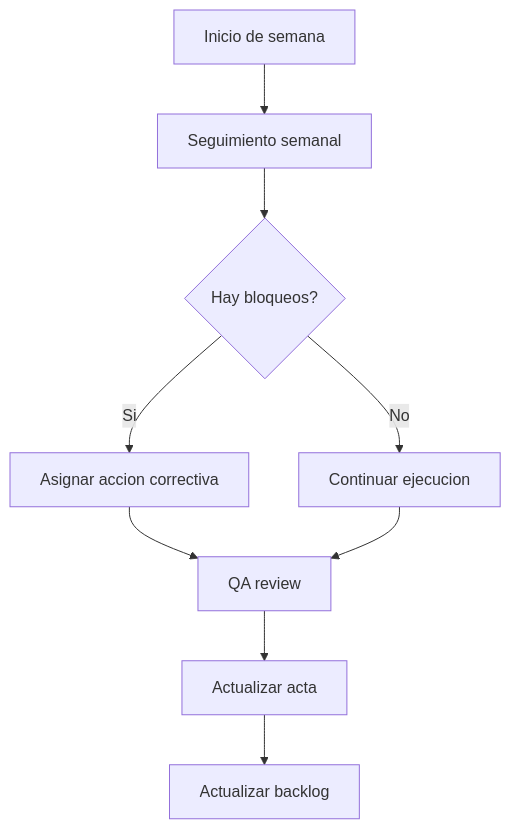
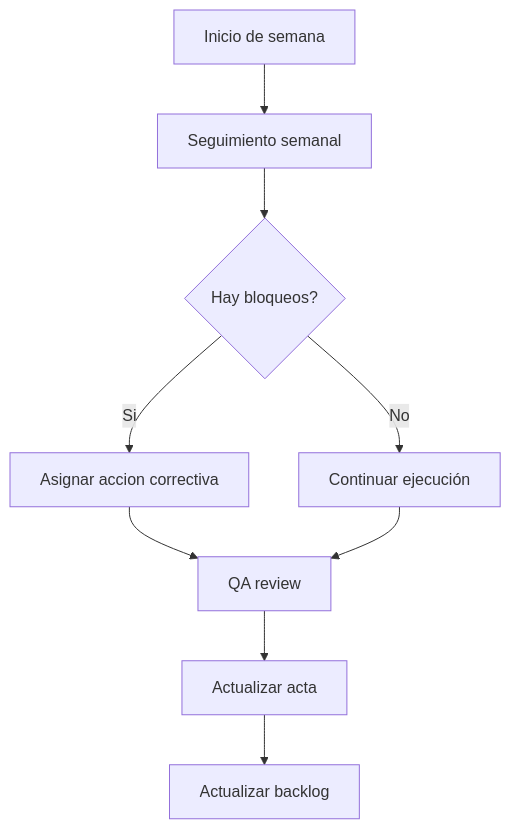
Before and after one commit to andresfccy/poli-tsp: the diagram in docs/reuniones/index.md, drawn with Mermaid. The commit also changed other lines of this file and 13 other files, not shown here.

Commit message:
docs: fix accents and mermaid labels

````diff
--- a/docs/reuniones/index.md
+++ b/docs/reuniones/index.md
@@ -17,11 +17,11 @@
 ```mermaid
 flowchart TD
   Start[Inicio de semana] --> Seguimiento[Seguimiento semanal]
   Seguimiento --> Bloqueos{Hay bloqueos?}
   Bloqueos -- Si --> Accion[Asignar accion correctiva]
-  Bloqueos -- No --> Ejecucion[Continuar ejecucion]
+  Bloqueos -- No --> Ejecucion["Continuar ejecución"]
   Accion --> QA[QA review]
   Ejecucion --> QA
   QA --> Acta[Actualizar acta]
   Acta --> Backlog[Actualizar backlog]
 ```
````
